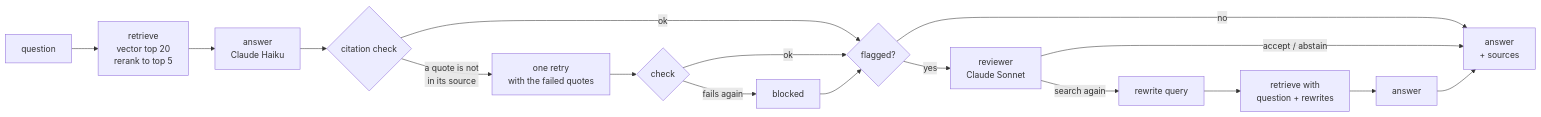
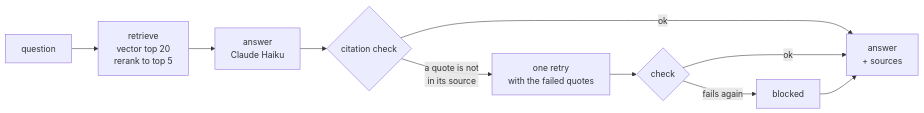
The diagram in README.md (Assaf368/rights-rag), drawn with Mermaid before and after one commit. The commit also changed other lines of this file and 9 other files, not shown here.

````diff
--- a/README.md
+++ b/README.md
@@ -43,15 +46,11 @@
 ```mermaid
 flowchart LR
     Q[question] --> R[retrieve<br/>vector top 20<br/>rerank to top 5]
     R --> A[answer<br/>Claude Haiku]
     A --> G{citation check}
     G -- a quote is not<br/>in its source --> A2[one retry<br/>with the failed quotes] --> G2{check}
     G2 -- fails again --> B[blocked]
-    G -- ok --> F{flagged?}
-    G2 -- ok --> F
-    B --> F
-    F -- no --> OUT[answer<br/>+ sources]
-    F -- yes --> C[reviewer<br/>Claude Sonnet]
-    C -- accept / abstain --> OUT
-    C -- search again --> RW[rewrite query] --> R2[retrieve with<br/>question + rewrites] --> A3[answer] --> OUT
+    G -- ok --> OUT[answer<br/>+ sources]
+    G2 -- ok --> OUT
+    B --> OUT
 ```
````
